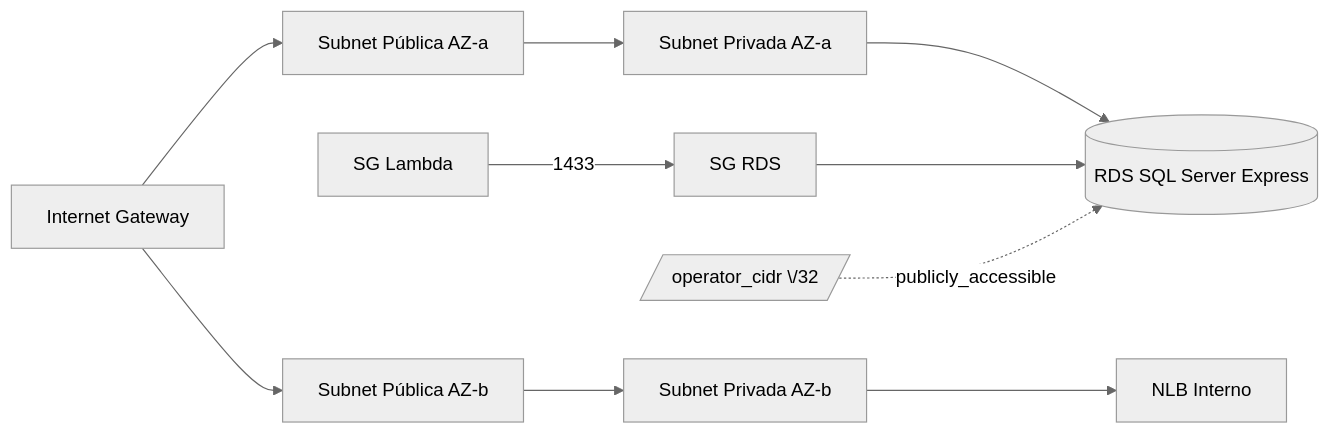
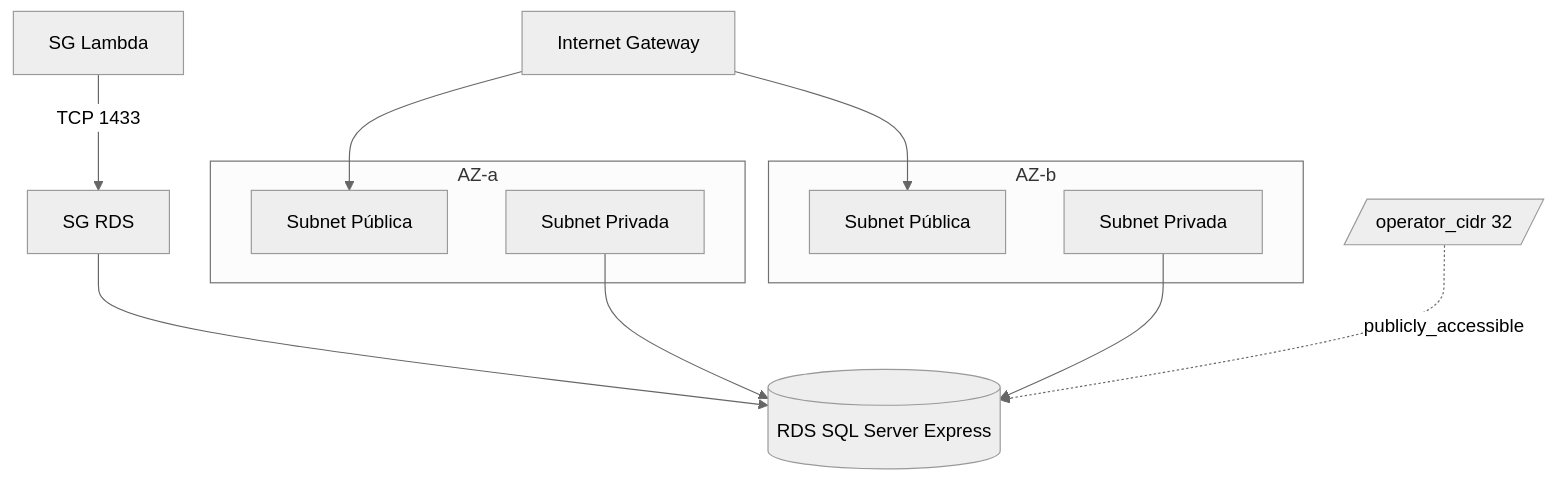
Before and after one commit to fabianorodrigues/oficina-infra-db: the second of 2 diagrams in README.md, drawn with Mermaid (neutral theme). The commit also changed other lines of this file, not shown here.

````diff
--- a/README.md
+++ b/README.md
@@ -48,11 +66,19 @@
 ```mermaid
-graph LR
-  IGW[Internet Gateway] --> PubA[Subnet Pública AZ-a]
-  IGW --> PubB[Subnet Pública AZ-b]
-  PubA --> PrivA[Subnet Privada AZ-a]
-  PubB --> PrivB[Subnet Privada AZ-b]
-  PrivA --> RDS[(RDS SQL Server Express)]
-  PrivB --> NLB[NLB Interno]
-  SGLambda[SG Lambda] -->|1433| SGRds[SG RDS] --> RDS
-  CIDR[/operator_cidr \/32/] -. publicly_accessible .-> RDS
+graph TB
+  IGW[Internet Gateway]
+  subgraph AZ_A[AZ-a]
+    PubA[Subnet Pública]
+    PrivA[Subnet Privada]
+  end
+  subgraph AZ_B[AZ-b]
+    PubB[Subnet Pública]
+    PrivB[Subnet Privada]
+  end
+  IGW --> PubA
+  IGW --> PubB
+  SGLambda[SG Lambda] -->|TCP 1433| SGRds[SG RDS]
+  SGRds --> RDS[(RDS SQL Server Express)]
+  PrivA --> RDS
+  PrivB --> RDS
+  Operator[/operator_cidr 32/] -. publicly_accessible .-> RDS
 ```
````
